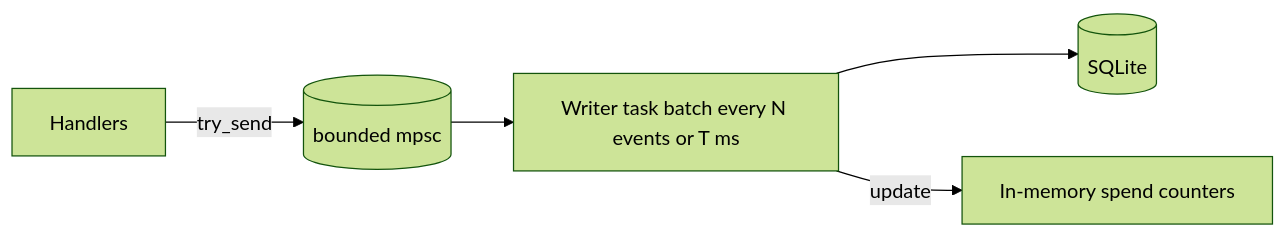
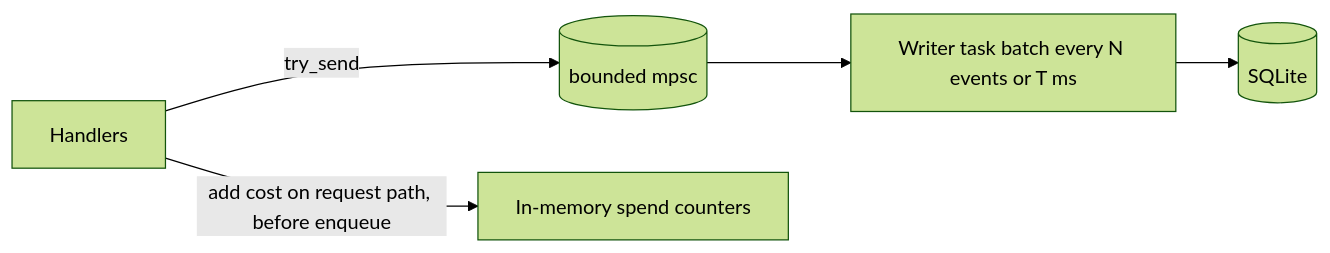
One commit to mezni/llmgw changed the fourth of 6 diagrams in docs/architecture.md. Above: the diagram before and after it, drawn with Mermaid (forest theme). The commit also changed other lines of this file and 11 other files, not shown here.

````diff
--- a/docs/architecture.md
+++ b/docs/architecture.md
@@ -241,7 +241,7 @@
 ```mermaid
 flowchart LR
     H[Handlers] -- "try_send" --> Q[(bounded mpsc)]
     Q --> W[Writer task batch every N events or T ms]
     W --> DB[(SQLite)]
-    W -- "update" --> S[In-memory spend counters]
+    H -- "add cost on request path, before enqueue" --> S[In-memory spend counters]
 ```
````
